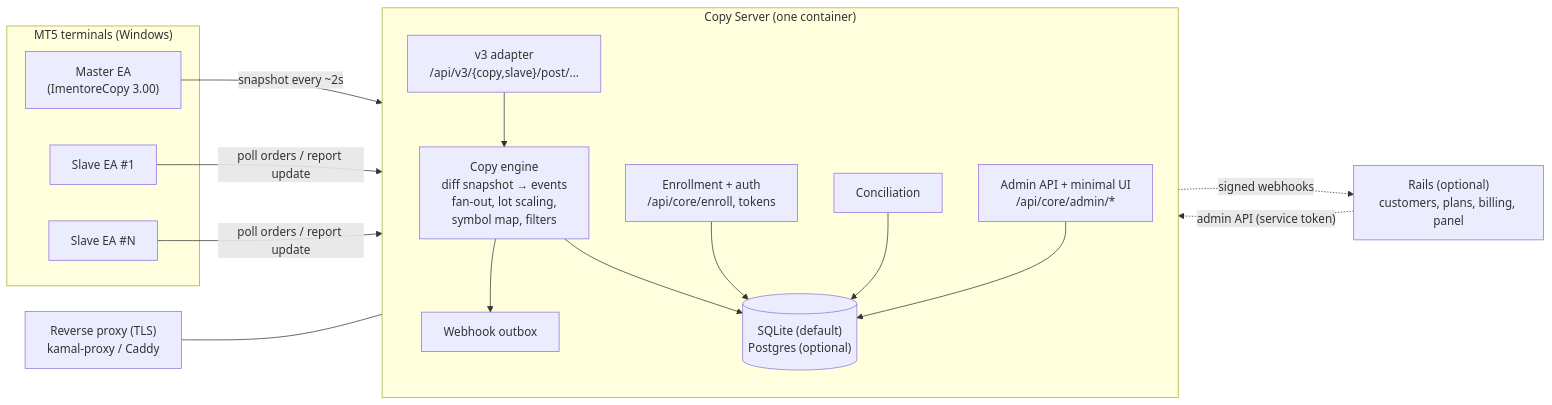
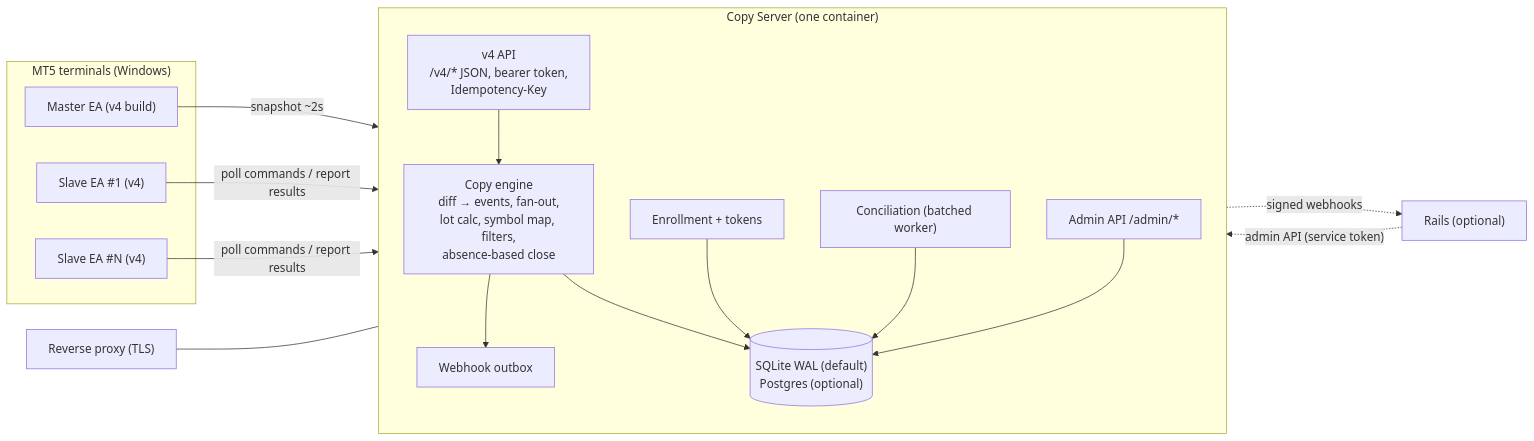
The first of 2 diagrams in docs/design/0001-copy-core.md (brenoperucchi/mt5-web-replicator), drawn with Mermaid before and after one commit. The commit also changed other lines of this file, not shown here.

````diff
--- a/docs/design/0001-copy-core.md
+++ b/docs/design/0001-copy-core.md
@@ -109,33 +129,32 @@
 ```mermaid
 flowchart LR
   subgraph Terminals["MT5 terminals (Windows)"]
-    M["Master EA<br/>(ImentoreCopy 3.00)"]
-    S1["Slave EA #1"]
-    S2["Slave EA #N"]
+    M["Master EA (v4 build)"]
+    S1["Slave EA #1 (v4)"]
+    S2["Slave EA #N (v4)"]
   end
 
   subgraph CS["Copy Server (one container)"]
     direction TB
-    V3["v3 adapter<br/>/api/v3/{copy,slave}/post/..."]
-    EN["Enrollment + auth<br/>/api/core/enroll, tokens"]
-    CORE["Copy engine<br/>diff snapshot → events<br/>fan-out, lot scaling,<br/>symbol map, filters"]
-    REC["Conciliation"]
-    ADM["Admin API + minimal UI<br/>/api/core/admin/*"]
+    API["v4 API<br/>/v4/* JSON, bearer token,<br/>Idempotency-Key"]
+    EN["Enrollment + tokens"]
+    CORE["Copy engine<br/>diff → events, fan-out,<br/>lot calc, symbol map, filters,<br/>absence-based close"]
+    REC["Conciliation (batched worker)"]
+    ADM["Admin API /admin/*"]
     HOOK["Webhook outbox"]
-    DB[("SQLite (default)<br/>Postgres (optional)")]
-    V3 --> CORE
+    DB[("SQLite WAL (default)<br/>Postgres (optional)")]
+    API --> CORE
     EN --> DB
     CORE --> DB
     REC --> DB
     ADM --> DB
     CORE --> HOOK
   end
 
-  M -- "snapshot every ~2s" --> V3
-  S1 -- "poll orders / report update" --> V3
-  S2 -- "poll orders / report update" --> V3
-
-  RP["Reverse proxy (TLS)<br/>kamal-proxy / Caddy"] --- CS
-  HOOK -. "signed webhooks" .-> R["Rails (optional)<br/>customers, plans, billing, panel"]
+  M -- "snapshot ~2s" --> API
+  S1 -- "poll commands / report results" --> API
+  S2 -- "poll commands / report results" --> API
+  RP["Reverse proxy (TLS)"] --- CS
+  HOOK -. "signed webhooks" .-> R["Rails (optional)"]
   R -. "admin API (service token)" .-> ADM
 ```
````
